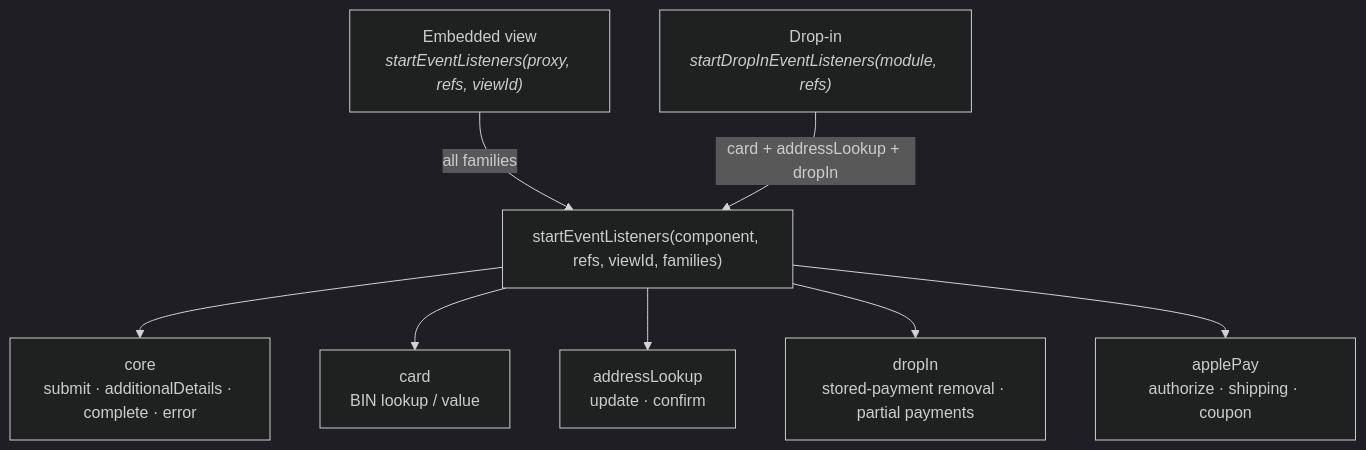
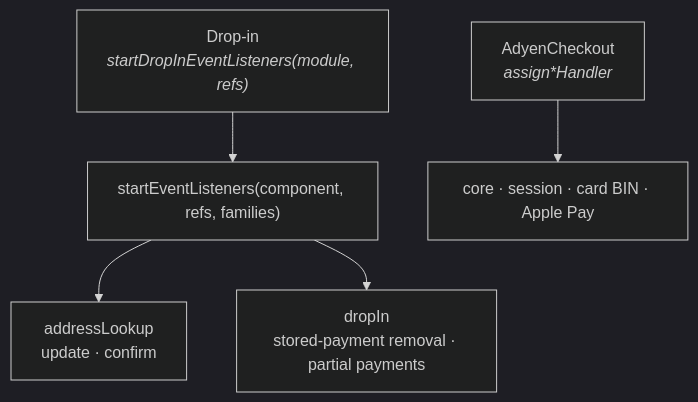
The fifth of 6 diagrams in docs/js-architecture.md (Adyen/adyen-react-native), drawn with Mermaid (dark theme) before and after one commit. The commit also changed other lines of this file and 2 other files, not shown here.

````diff
--- a/docs/js-architecture.md
+++ b/docs/js-architecture.md
@@ -270,14 +227,11 @@
 ```mermaid
 flowchart TD
-  SE["startEventListeners(component, refs, viewId, families)"]
-  C["core<br/>submit · additionalDetails · complete · error"]
-  CD["card<br/>BIN lookup / value"]
+  SE["startEventListeners(component, refs, families)"]
   AL["addressLookup<br/>update · confirm"]
   DI["dropIn<br/>stored-payment removal · partial payments"]
-  AP["applePay<br/>authorize · shipping · coupon"]
 
-  SE --> C & CD & AL & DI & AP
+  D["Drop-in<br/><i>startDropInEventListeners(module, refs)</i>"] --> SE
+  SE --> AL & DI
 
-  V["Embedded view<br/><i>startEventListeners(proxy, refs, viewId)</i>"] -->|all families| SE
-  D["Drop-in<br/><i>startDropInEventListeners(module, refs)</i>"] -->|"card + addressLookup + dropIn"| SE
+  CTX["AdyenCheckout<br/><i>assign*Handler</i>"] --> CO["core · session · card BIN · Apple Pay"]
 ```
````
